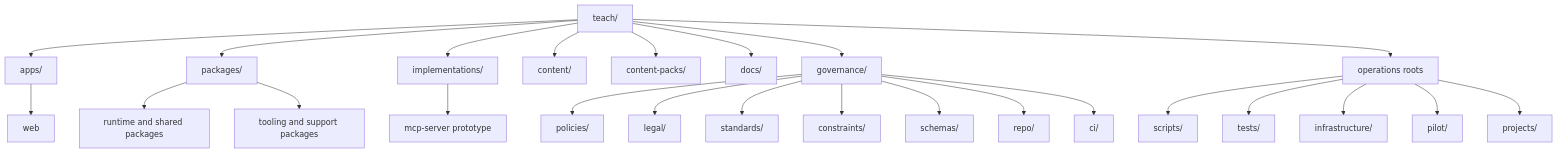
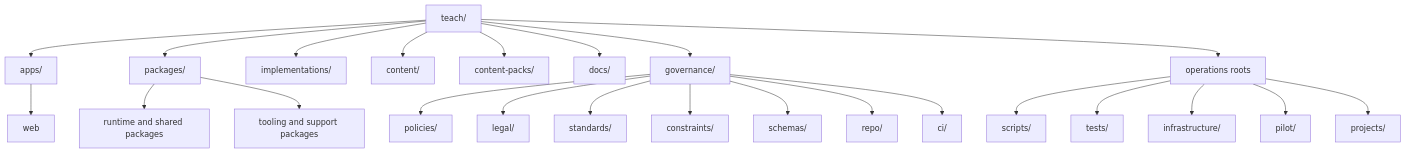
The first of 5 diagrams in docs/WORKSPACE_INDEX.md (MrBlue-1996/teach), drawn with Mermaid before and after one commit. The commit also changed other lines of this file and 30 other files, not shown here.

First line of the commit message:
chore: remove mcp-server refs, fix model name, clean workflow-lint

````diff
--- a/docs/WORKSPACE_INDEX.md
+++ b/docs/WORKSPACE_INDEX.md
@@ -7,28 +7,27 @@
 ```mermaid
 flowchart TD
 	Root[teach/] --> Apps[apps/]
 	Root --> Packages[packages/]
 	Root --> Implementations[implementations/]
 	Root --> Content[content/]
 	Root --> ContentPacks[content-packs/]
 	Root --> Docs[docs/]
 	Root --> Governance[governance/]
 	Root --> Operations[operations roots]
 
 	Apps --> Web[web]
 	Packages --> Runtime[runtime and shared packages]
 	Packages --> Tooling[tooling and support packages]
-	Implementations --> MCP[mcp-server prototype]
 	Governance --> Policies[policies/]
 	Governance --> Legal[legal/]
 	Governance --> Standards[standards/]
 	Governance --> Constraints[constraints/]
 	Governance --> Schemas[schemas/]
 	Governance --> Repo[repo/]
 	Governance --> CI[ci/]
 	Operations --> Scripts[scripts/]
 	Operations --> Tests[tests/]
 	Operations --> Infra[infrastructure/]
 	Operations --> Pilot[pilot/]
 	Operations --> Projects[projects/]
 ```
````
